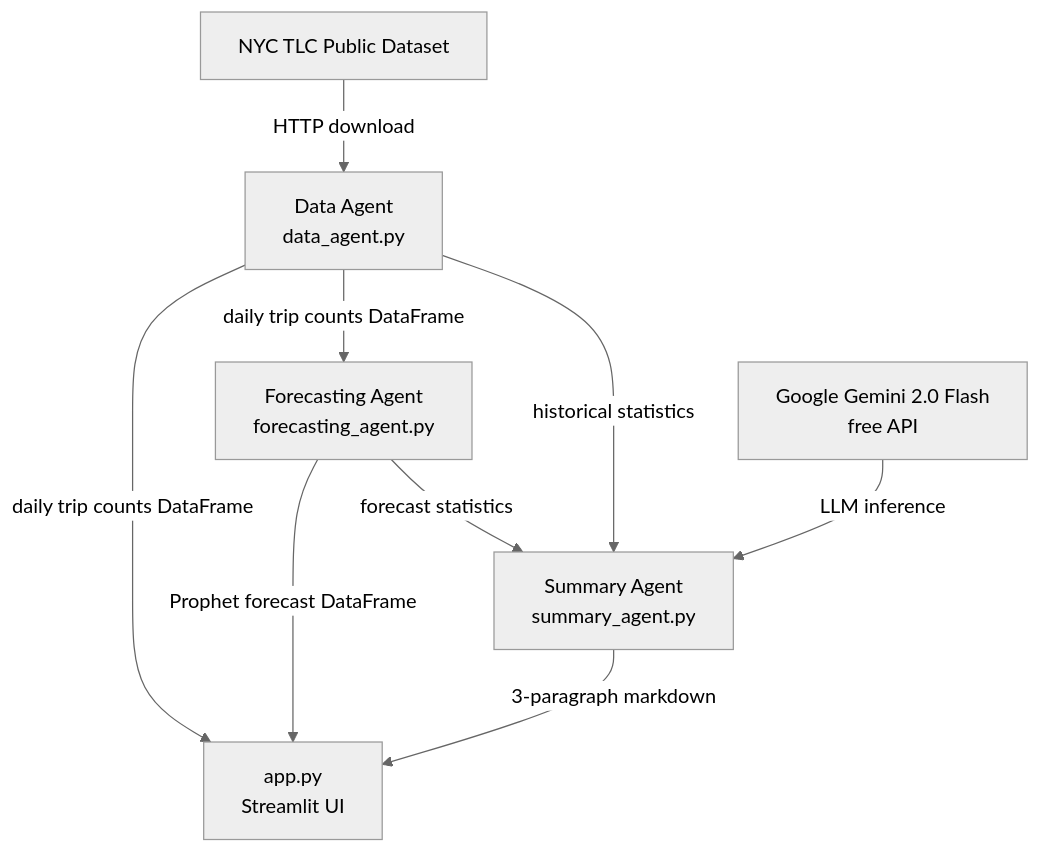
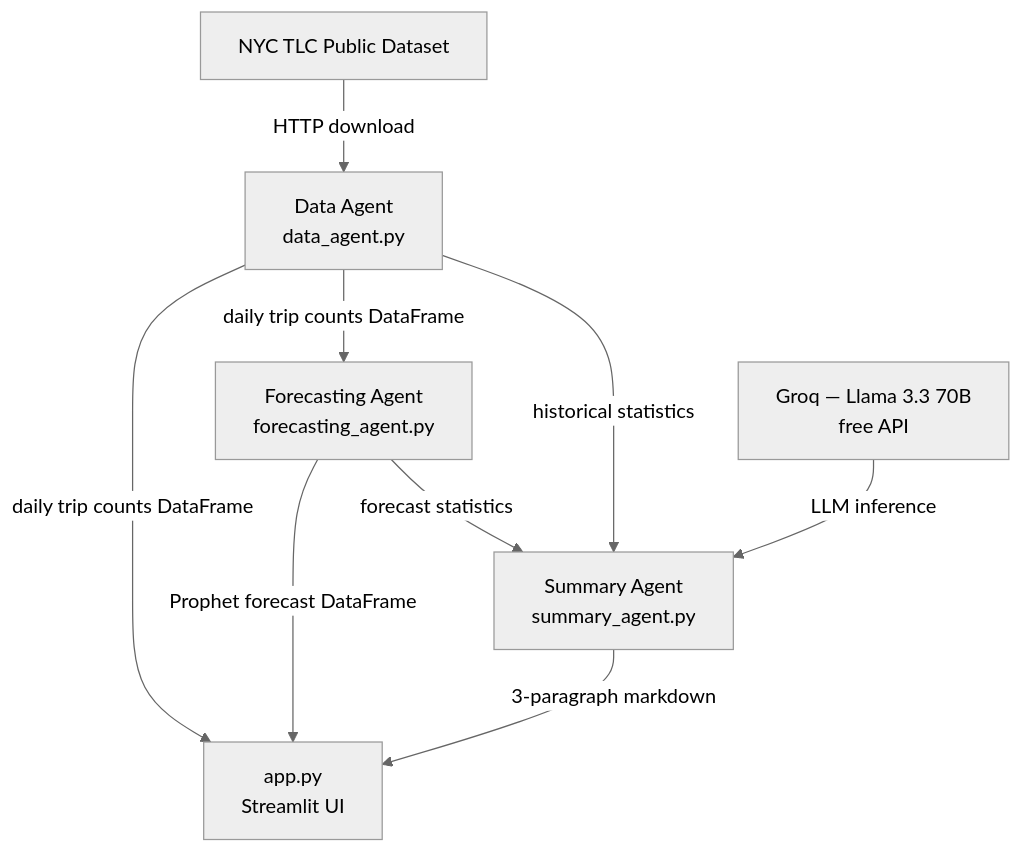
One commit to RodezA/forecasting-demo changed the diagram in README.md. Above: the diagram before and after it, drawn with Mermaid (neutral theme). The commit also changed other lines of this file and 4 other files, not shown here.

Commit message:
Replace Gemini with Groq (Llama 3.3 70B) for executive summary

````diff
--- a/README.md
+++ b/README.md
@@ -19,11 +19,11 @@
 ```mermaid
 flowchart TD
     A[NYC TLC Public Dataset] -->|HTTP download| B[Data Agent\ndata_agent.py]
     B -->|daily trip counts DataFrame| C[Forecasting Agent\nforecasting_agent.py]
     B -->|daily trip counts DataFrame| D[app.py\nStreamlit UI]
     C -->|Prophet forecast DataFrame| D
     C -->|forecast statistics| E[Summary Agent\nsummary_agent.py]
     B -->|historical statistics| E
     E -->|3-paragraph markdown| D
-    F[Google Gemini 2.0 Flash\nfree API] -->|LLM inference| E
+    F[Groq — Llama 3.3 70B\nfree API] -->|LLM inference| E
 ```
````
